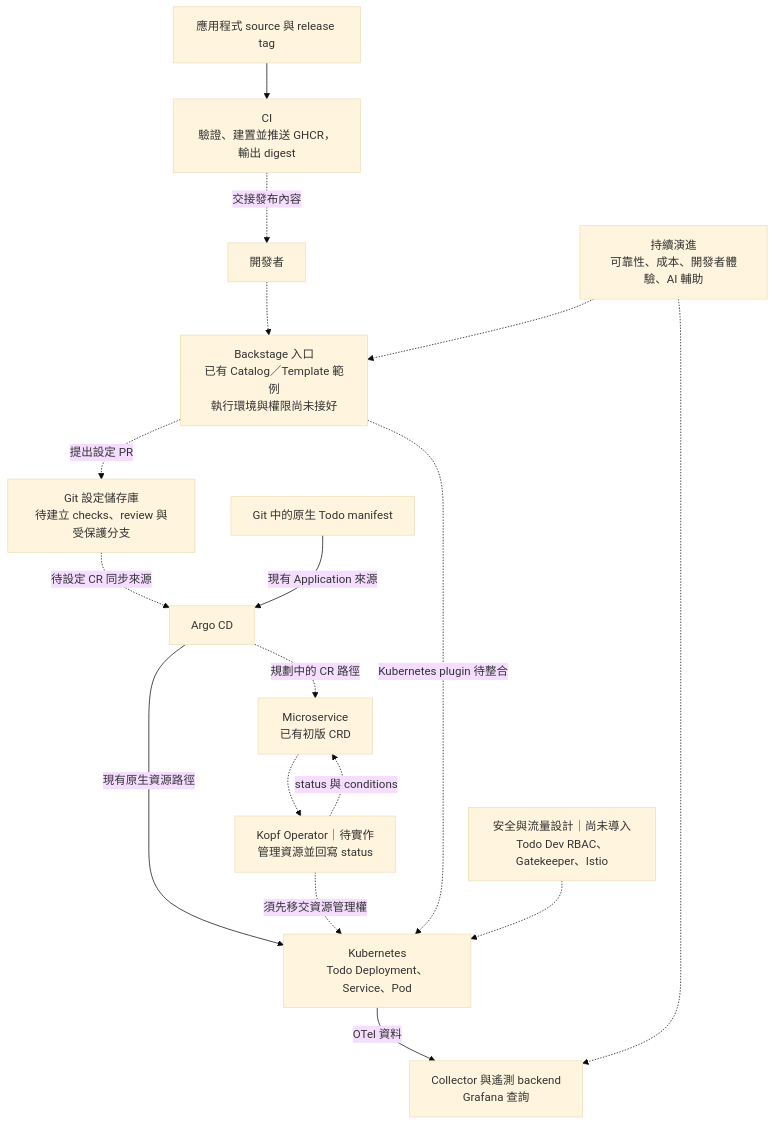
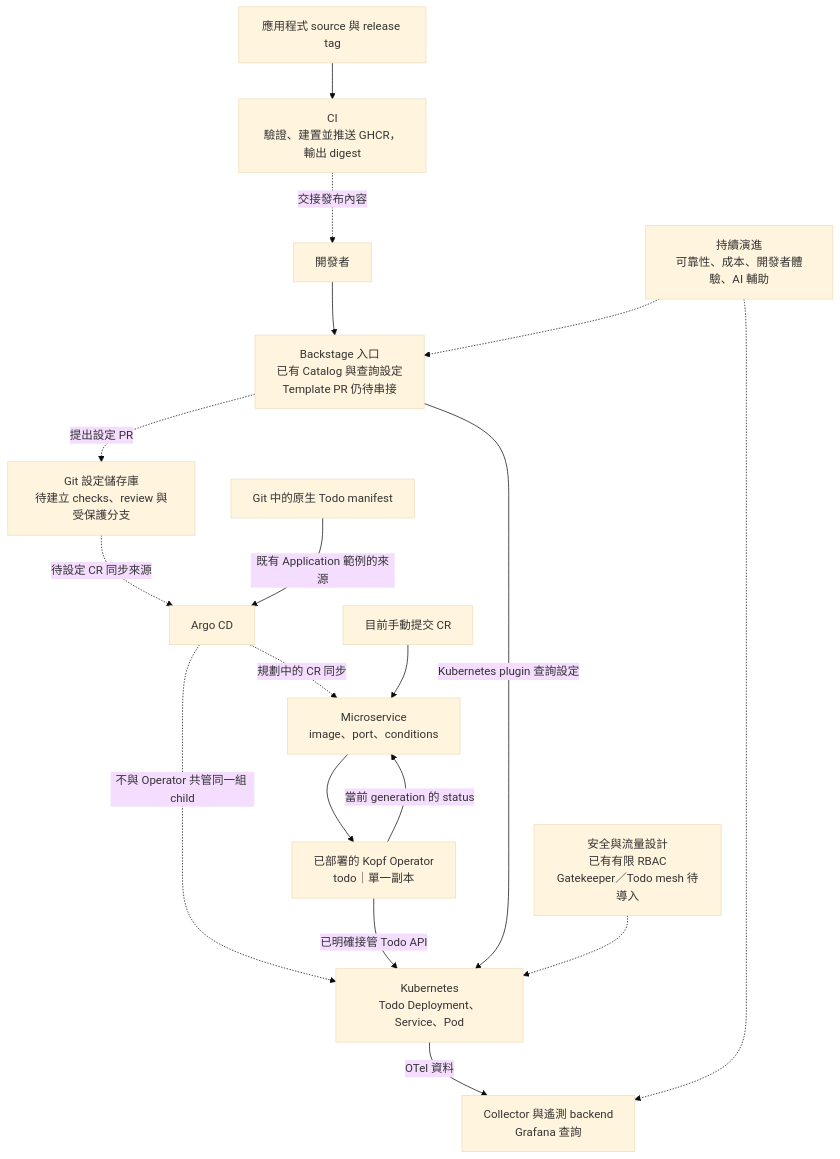
The diagram in doc/zh-tw/D30.md (yrw9281/IT30.Platform.Engineering), drawn with Mermaid (base theme) before and after one commit. The commit also changed other lines of this file and 30 other files, not shown here.

````diff
--- a/doc/zh-tw/D30.md
+++ b/doc/zh-tw/D30.md
@@ -27,19 +25,20 @@
 ```mermaid
 flowchart TD
     Source["應用程式 source 與 release tag"] --> CI["CI<br/>驗證、建置並推送 GHCR，輸出 digest"]
     CI -.->|"交接發布內容"| Developer["開發者"]
-    Developer -.-> Backstage["Backstage 入口<br/>已有 Catalog／Template 範例<br/>執行環境與權限尚未接好"]
+    Developer --> Backstage["Backstage 入口<br/>已有 Catalog 與查詢設定<br/>Template PR 仍待串接"]
     Backstage -.->|"提出設定 PR"| Config["Git 設定儲存庫<br/>待建立 checks、review 與受保護分支"]
     Config -.->|"待設定 CR 同步來源"| Argo["Argo CD"]
-    Native["Git 中的原生 Todo manifest"] -->|"現有 Application 來源"| Argo
-    Argo -->|"現有原生資源路徑"| Workload["Kubernetes<br/>Todo Deployment、Service、Pod"]
-    Argo -.->|"規劃中的 CR 路徑"| CR["Microservice<br/>已有初版 CRD"]
-    CR -.-> Operator["Kopf Operator｜待實作<br/>管理資源並回寫 status"]
-    Operator -.->|"須先移交資源管理權"| Workload
-    Operator -.->|"status 與 conditions"| CR
+    Native["Git 中的原生 Todo manifest"] -->|"既有 Application 範例的來源"| Argo
+    Argo -.->|"不與 Operator 共管同一組 child"| Workload["Kubernetes<br/>Todo Deployment、Service、Pod"]
+    Argo -.->|"規劃中的 CR 同步"| CR["Microservice<br/>image、port、conditions"]
+    Manual["目前手動提交 CR"] --> CR
+    CR --> Operator["已部署的 Kopf Operator<br/>todo｜單一副本"]
+    Operator -->|"已明確接管 Todo API"| Workload
+    Operator -->|"當前 generation 的 status"| CR
     Workload -->|"OTel 資料"| Observability["Collector 與遙測 backend<br/>Grafana 查詢"]
-    Backstage -.->|"Kubernetes plugin 待整合"| Workload
-    Security["安全與流量設計｜尚未導入<br/>Todo Dev RBAC、Gatekeeper、Istio"] -.-> Workload
+    Backstage -->|"Kubernetes plugin 查詢設定"| Workload
+    Security["安全與流量設計<br/>已有有限 RBAC<br/>Gatekeeper／Todo mesh 待導入"] -.-> Workload
     Next["持續演進<br/>可靠性、成本、開發者體驗、AI 輔助"] -.-> Backstage
     Next -.-> Observability
 ```
````
